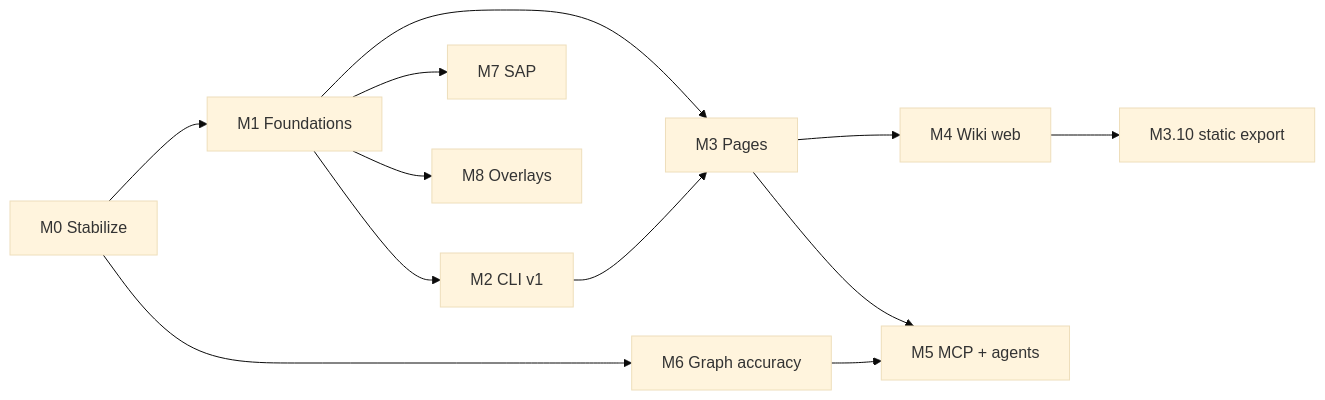
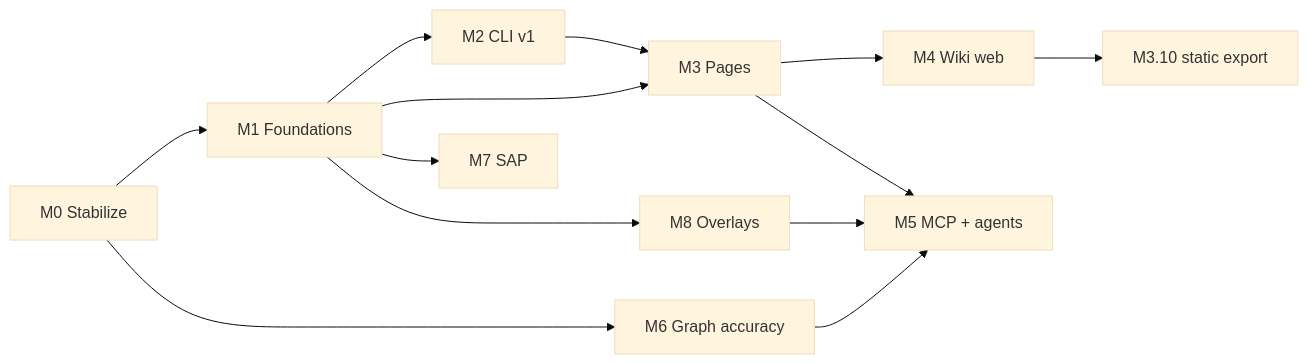
One commit to andychoi/ai-discovery changed the diagram in docs/roadmap/ROADMAP.md. Above: the diagram before and after it, drawn with Mermaid (base theme). The commit also changed other lines of this file and 11 other files, not shown here.

First line of the commit message:
docs(roadmap): agent-platform assessment vs repowise; rework M1/M2/M5/M8

````diff
--- a/docs/roadmap/ROADMAP.md
+++ b/docs/roadmap/ROADMAP.md
@@ -37,14 +42,15 @@
 ```mermaid
 graph LR
   M0[M0 Stabilize] --> M1[M1 Foundations]
   M0 --> M6[M6 Graph accuracy]
   M1 --> M2[M2 CLI v1]
   M1 --> M3[M3 Pages]
   M2 --> M3
   M3 --> M4[M4 Wiki web]
   M3 --> M5[M5 MCP + agents]
   M1 --> M7[M7 SAP]
   M1 --> M8[M8 Overlays]
   M6 --> M5
+  M8 --> M5
   M4 --> M3x[M3.10 static export]
 ```
````
